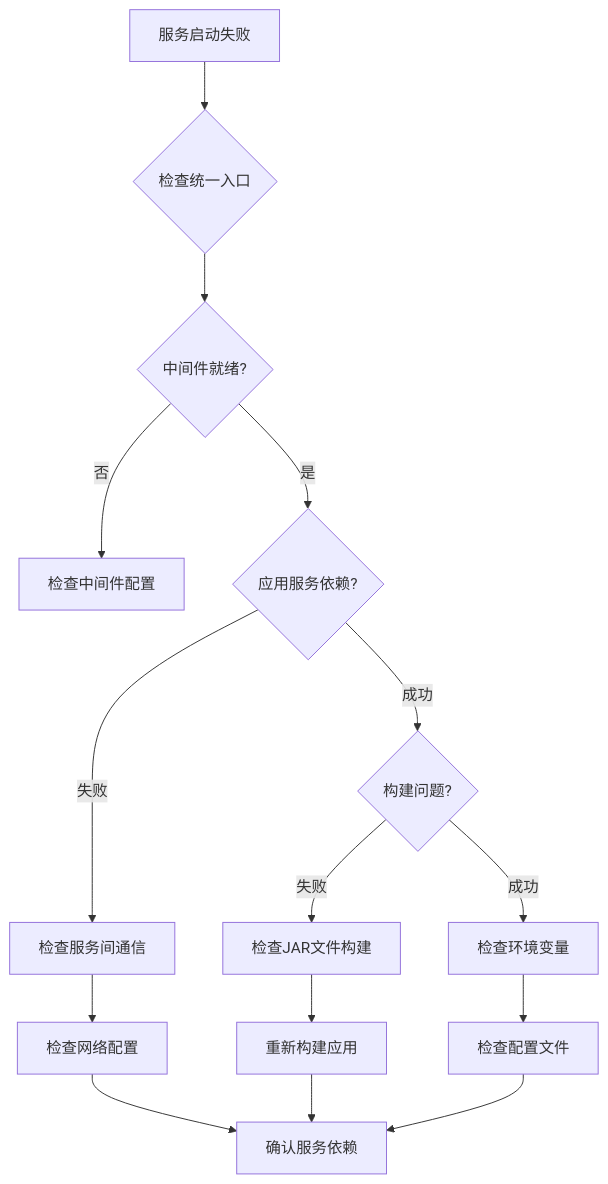
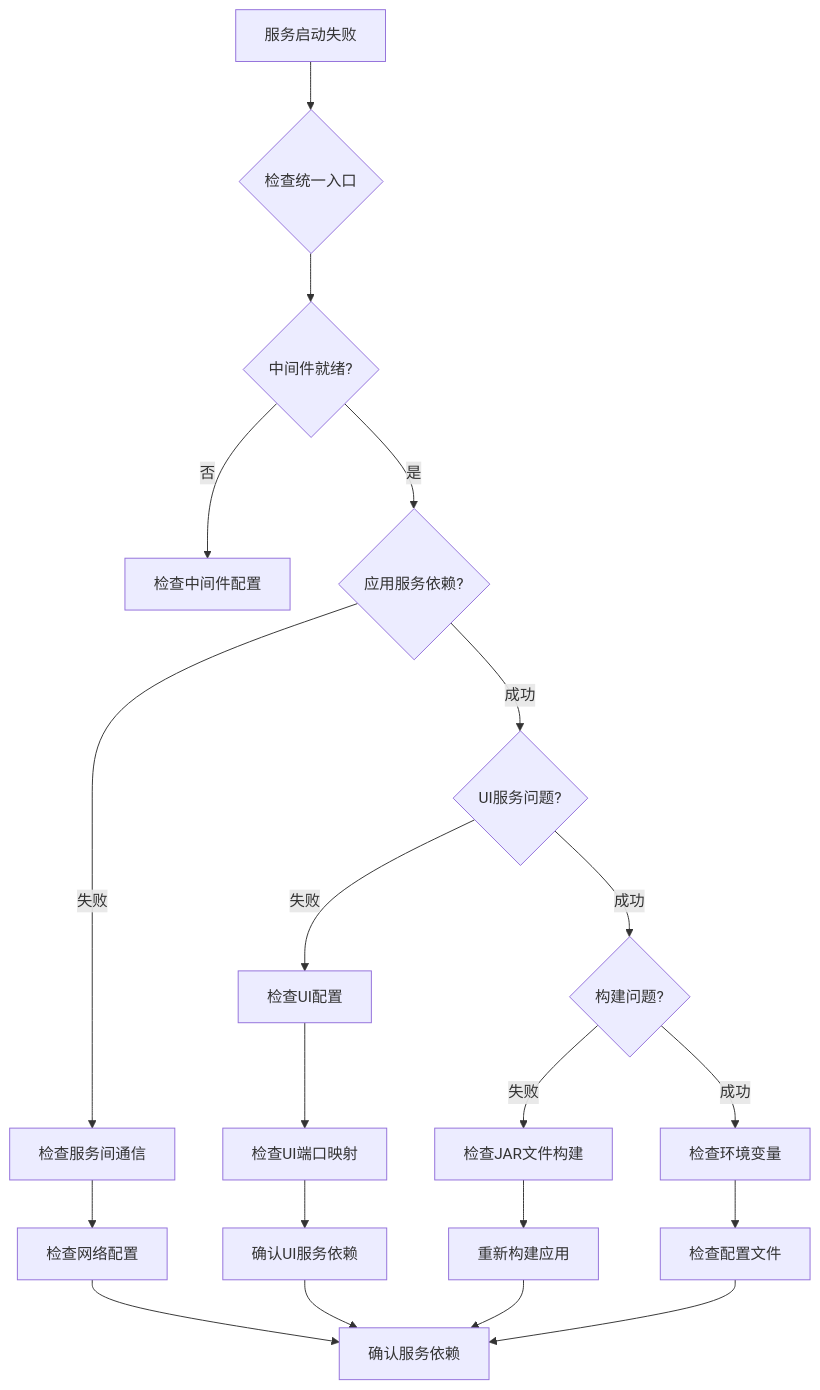
Diagram 11 of 11 in .qoder/repowiki/zh/content/部署运维/Docker组合使用指南.md (fq0121104930716/iam-platform), drawn with Mermaid before and after one commit. The commit also changed other lines of this file and 6 other files, not shown here.

````diff
--- a/.qoder/repowiki/zh/content/部署运维/Docker组合使用指南.md
+++ b/.qoder/repowiki/zh/content/部署运维/Docker组合使用指南.md
@@ -473,17 +603,22 @@
 ```mermaid
 flowchart TD
 A[服务启动失败] --> B{检查统一入口}
 B --> C{中间件就绪?}
 C --> |否| D[检查中间件配置]
 C --> |是| E{应用服务依赖?}
 E --> |失败| F[检查服务间通信]
-E --> |成功| G{构建问题?}
-G --> |失败| H[检查JAR文件构建]
-G --> |成功| I[检查环境变量]
-H --> J[重新构建应用]
-F --> K[检查网络配置]
-I --> L[检查配置文件]
-J --> M[确认服务依赖]
-K --> M
-L --> M
+E --> |成功| G{UI服务问题?}
+G --> |失败| H[检查UI配置]
+G --> |成功| I{构建问题?}
+I --> |失败| J[检查JAR文件构建]
+I --> |成功| K[检查环境变量]
+H --> L[检查UI端口映射]
+J --> M[重新构建应用]
+F --> N[检查网络配置]
+K --> O[检查配置文件]
+L --> P[确认UI服务依赖]
+M --> Q[确认服务依赖]
+N --> Q
+O --> Q
+P --> Q
 ```
````
